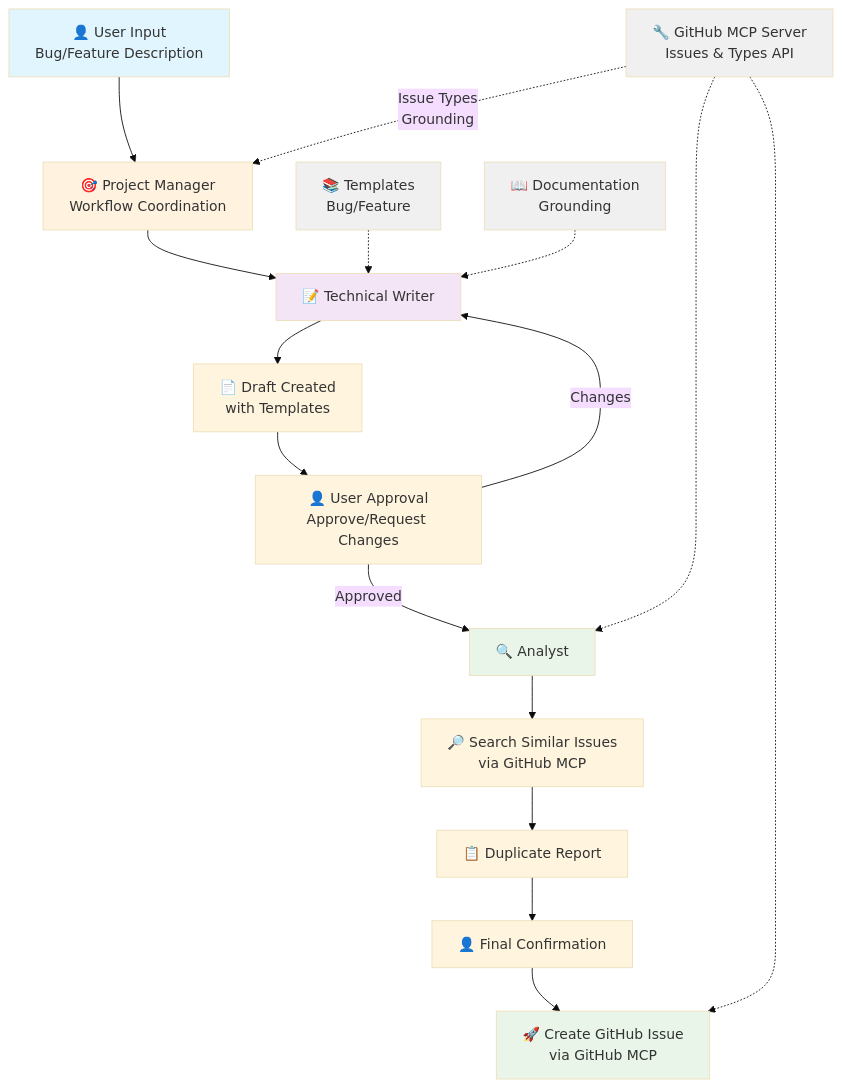
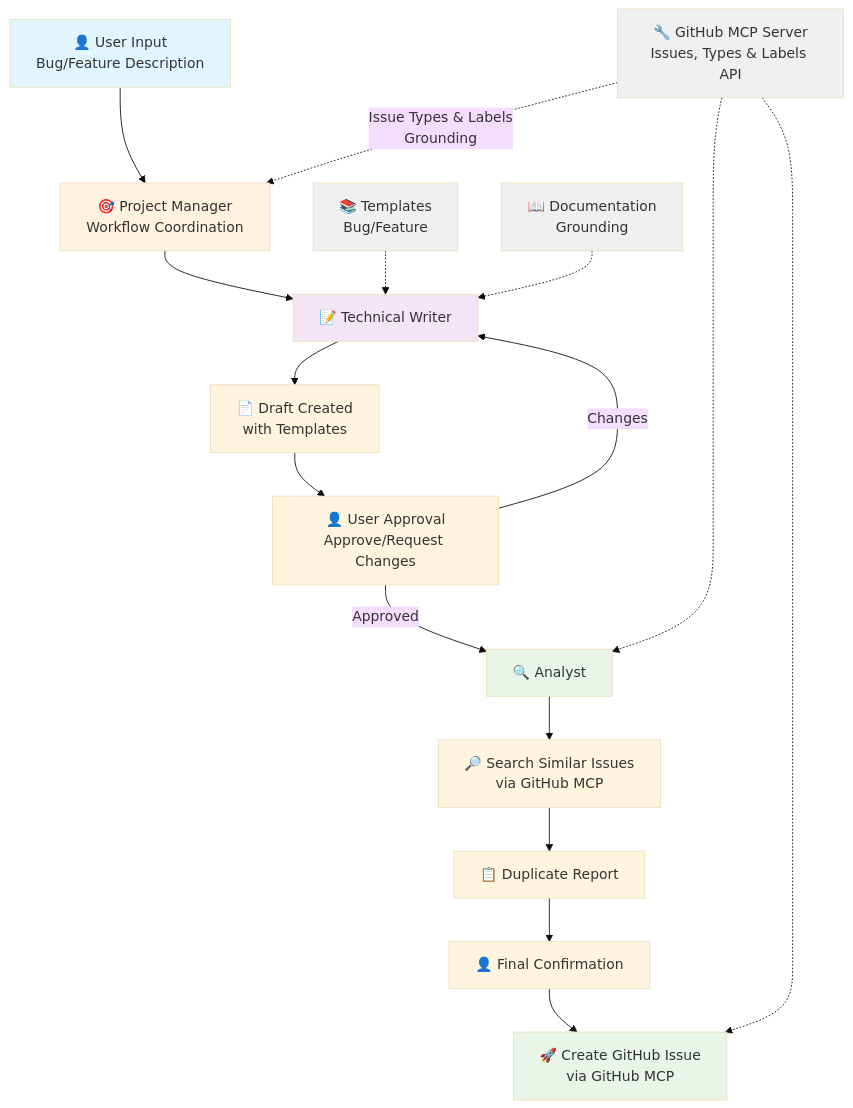
The diagram in README.md (i-am-bee/beeai-issue-creator), drawn with Mermaid (base theme) before and after one commit. The commit also changed other lines of this file and 1 other file, not shown here.

````diff
--- a/README.md
+++ b/README.md
@@ -110,32 +111,32 @@
 ```mermaid
 flowchart TD
     A[👤 User Input<br/>Bug/Feature Description] --> B[🎯 Project Manager<br/>Workflow Coordination]
 
     B --> C[📝 Technical Writer]
     C --> D[📄 Draft Created<br/>with Templates]
     D --> E[👤 User Approval<br/>Approve/Request Changes]
 
     E -->|Changes| C
     E -->|Approved| F[🔍 Analyst]
 
     F --> G[🔎 Search Similar Issues<br/>via GitHub MCP]
     G --> H[📋 Duplicate Report]
     H --> I[👤 Final Confirmation]
 
     I --> J[🚀 Create GitHub Issue<br/>via GitHub MCP]
 
     K[📚 Templates<br/>Bug/Feature] -.-> C
     L[📖 Documentation<br/>Grounding] -.-> C
-    M[🔧 GitHub MCP Server<br/>Issues & Types API] -.-> F
+    M[🔧 GitHub MCP Server<br/>Issues, Types & Labels API] -.-> F
     M -.-> J
-    M -.-> |Issue Types<br/>Grounding| B
+    M -.-> |Issue Types & Labels<br/>Grounding| B
 
     style A fill:#e1f5fe
     style B fill:#fff3e0
     style C fill:#f3e5f5
     style F fill:#e8f5e8
     style J fill:#e8f5e8
     style K fill:#f0f0f0
     style L fill:#f0f0f0
     style M fill:#f0f0f0
 ```
````
